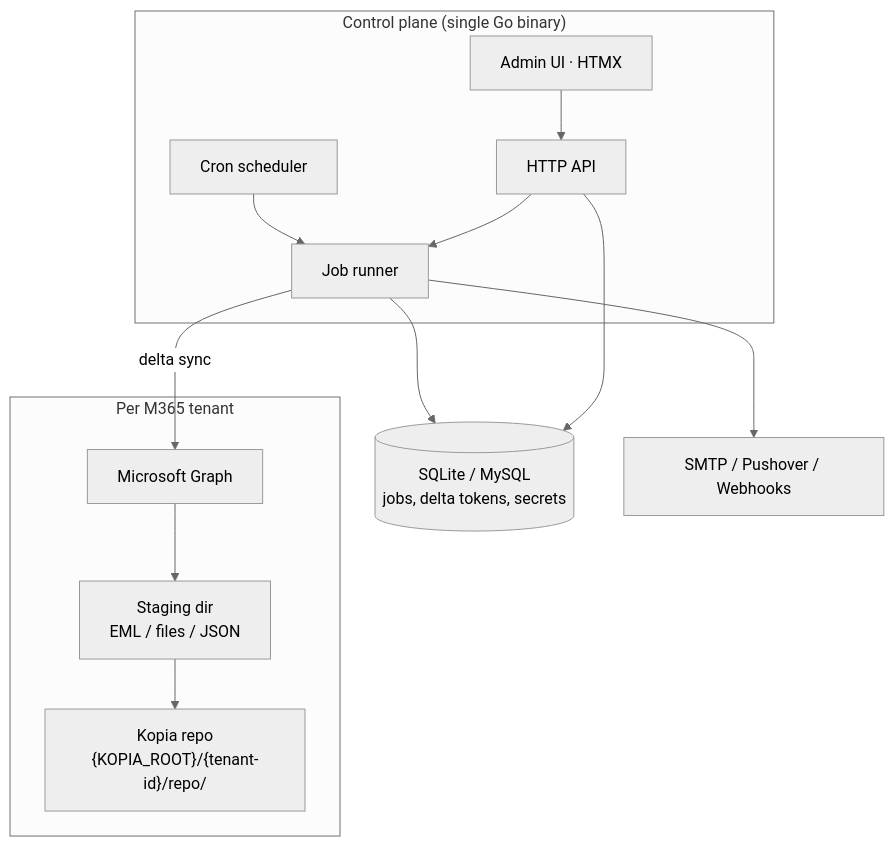
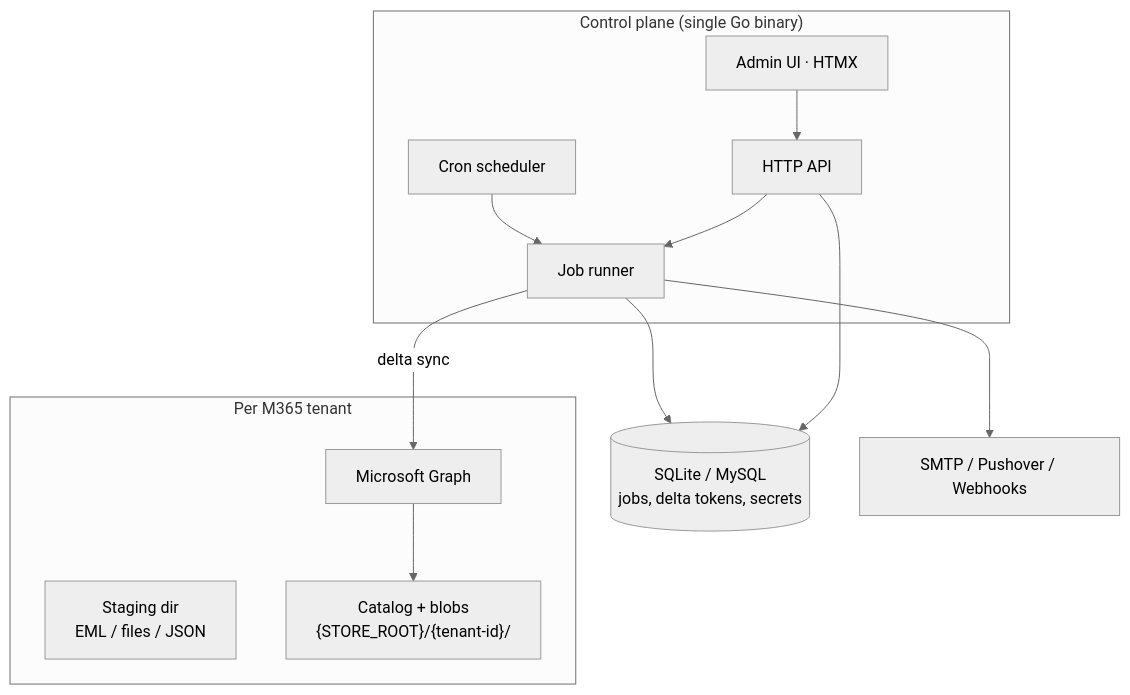
One commit to Reiner-IT-Systems-GmbH/M365-Backup changed the diagram in README.md. Above: the diagram before and after it, drawn with Mermaid (neutral theme). The commit also changed other lines of this file and 86 other files, not shown here.

````diff
--- a/README.md
+++ b/README.md
@@ -55,24 +55,24 @@
 ```mermaid
 flowchart TB
   subgraph Control["Control plane (single Go binary)"]
     UI[Admin UI · HTMX]
     API[HTTP API]
     Cron[Cron scheduler]
     Runner[Job runner]
     UI --> API
     Cron --> Runner
     API --> Runner
   end
 
   subgraph PerTenant["Per M365 tenant"]
     Graph[Microsoft Graph]
     Stage["Staging dir<br/>EML / files / JSON"]
-    Repo["Kopia repo<br/>{KOPIA_ROOT}/{tenant-id}/repo/"]
-    Graph --> Stage --> Repo
+    Store["Catalog + blobs<br/>{STORE_ROOT}/{tenant-id}/"]
+    Graph --> Store
   end
 
   Runner -->|delta sync| Graph
   Runner --> DB[(SQLite / MySQL<br/>jobs, delta tokens, secrets)]
   Runner --> Notify[SMTP / Pushover / Webhooks]
   API --> DB
 ```
````
